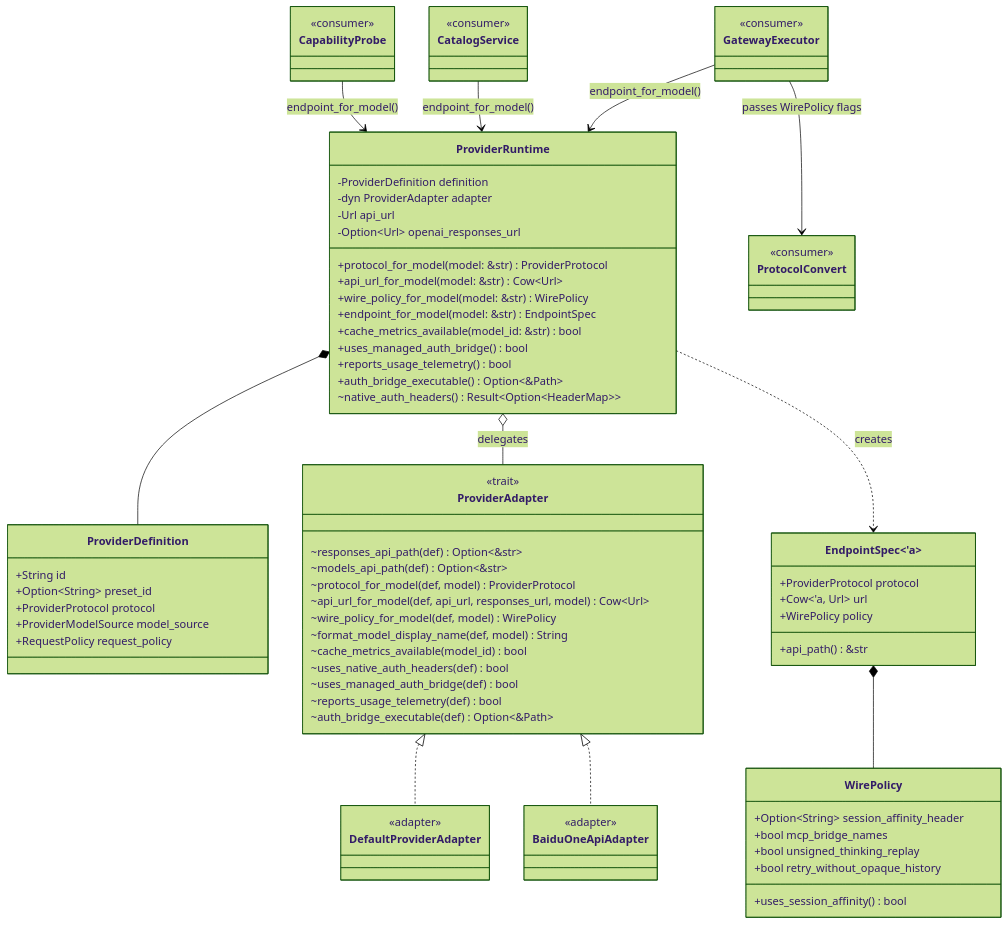
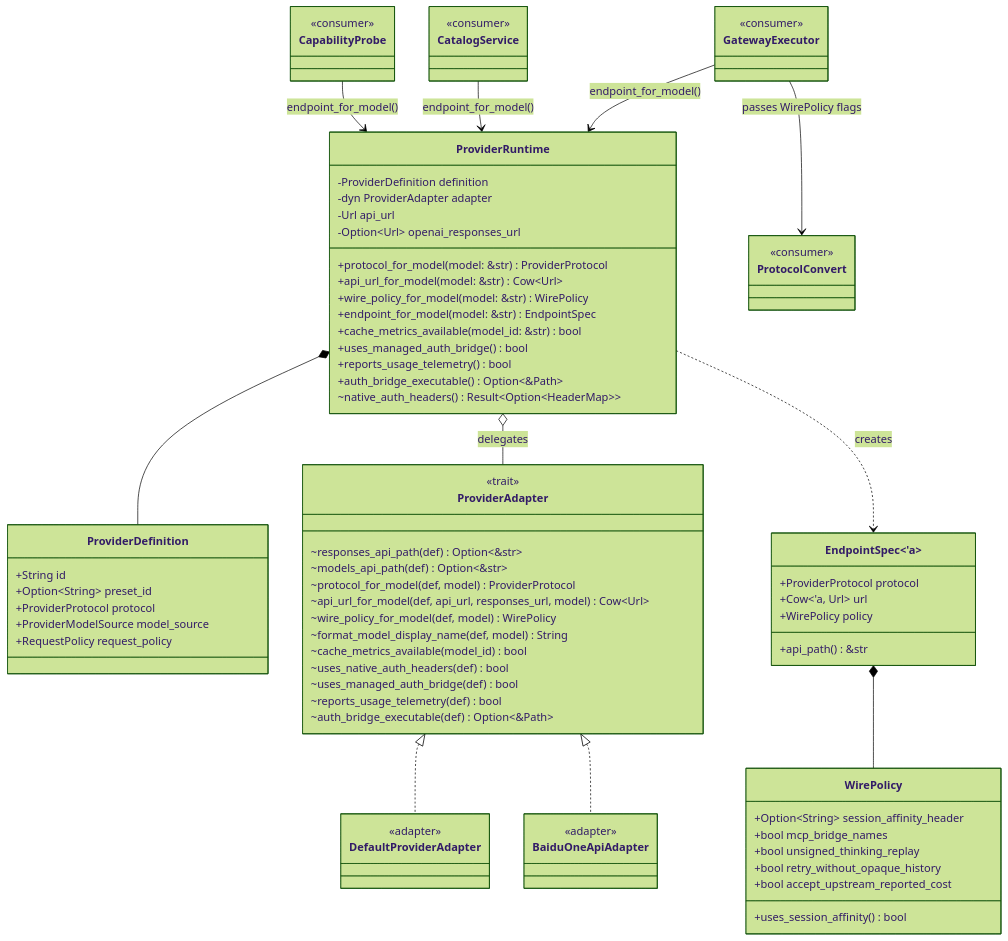
One commit to Edward-lyz/codex-mixin changed the first of 5 diagrams in docs/abstraction-architecture.md. Above: the diagram before and after it, drawn with Mermaid (forest theme). The commit also changed 5 other files, not shown here.

First line of the commit message:
refactor(gateway): route upstream reported cost eligibility via WirePolicy

```diff
--- a/docs/abstraction-architecture.md
+++ b/docs/abstraction-architecture.md
@@ -86,6 +86,7 @@
         +bool mcp_bridge_names
         +bool unsigned_thinking_replay
         +bool retry_without_opaque_history
+        +bool accept_upstream_reported_cost
         +uses_session_affinity() bool
     }
 
```
